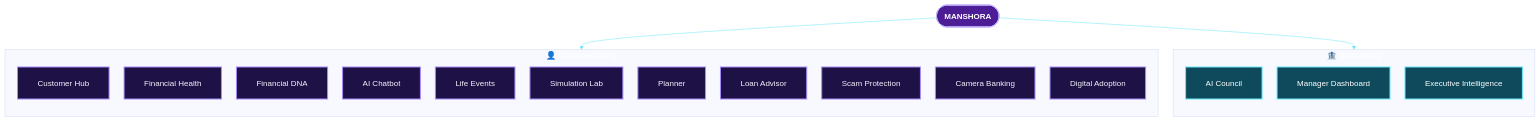
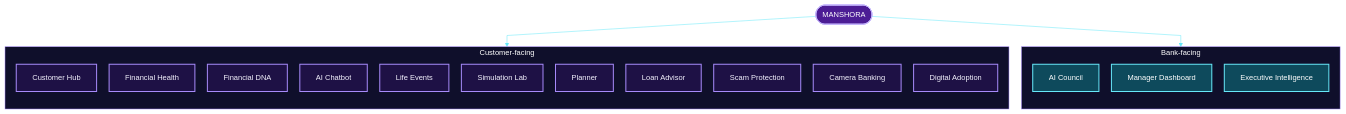
The fourth of 17 diagrams in README.md (Mansi232323/MANSHORA), drawn with Mermaid before and after one commit. The commit also changed other lines of this file, not shown here.

````diff
--- a/README.md
+++ b/README.md
@@ -147,33 +186,33 @@
 ```mermaid
-%%{init: {'theme':'base','themeVariables':{'fontSize':'16px','fontFamily':'Arial, Helvetica, sans-serif','lineColor':'#67e8f9'},'flowchart':{'htmlLabels':true,'nodeSpacing':30,'rankSpacing':45,'padding':20,'wrappingWidth':260}}}%%
+%%{init: {'theme':'base','themeVariables':{'fontSize':'15px','fontFamily':'Arial, Helvetica, sans-serif','primaryColor':'#1e1145','primaryTextColor':'#f5f3ff','primaryBorderColor':'#a78bfa','lineColor':'#67e8f9','textColor':'#f5f3ff','edgeLabelBackground':'#1e1145','clusterBkg':'#0f0f2b','clusterBorder':'#a78bfa'},'flowchart':{'htmlLabels':true,'nodeSpacing':25,'rankSpacing':45,'padding':16,'curve':'linear'}}}%%
 flowchart TB
-    R(["<b>MANSHORA</b>"])
-    subgraph CF["👤 Customer-facing"]
+    R(["MANSHORA"])
+    R --> CF
+    R --> BF
+    subgraph CF["Customer-facing"]
         direction TB
         c1["Customer Hub"]
         c2["Financial Health"]
         c3["Financial DNA"]
         c4["AI Chatbot"]
         c5["Life Events"]
         c6["Simulation Lab"]
         c7["Planner"]
         c8["Loan Advisor"]
         c9["Scam Protection"]
         c10["Camera Banking"]
         c11["Digital Adoption"]
     end
-    subgraph BF["🏦 Bank-facing"]
+    subgraph BF["Bank-facing"]
         direction TB
         b1["AI Council"]
         b2["Manager Dashboard"]
         b3["Executive Intelligence"]
     end
-    R --> CF
-    R --> BF
     classDef root fill:#4c1d95,stroke:#c4b5fd,stroke-width:2px,color:#ffffff
     classDef cust fill:#1e1145,stroke:#a78bfa,stroke-width:2px,color:#f5f3ff
     classDef bank fill:#0e4a5c,stroke:#67e8f9,stroke-width:2px,color:#ffffff
     class R root
     class c1,c2,c3,c4,c5,c6,c7,c8,c9,c10,c11 cust
     class b1,b2,b3 bank
 ```
````
